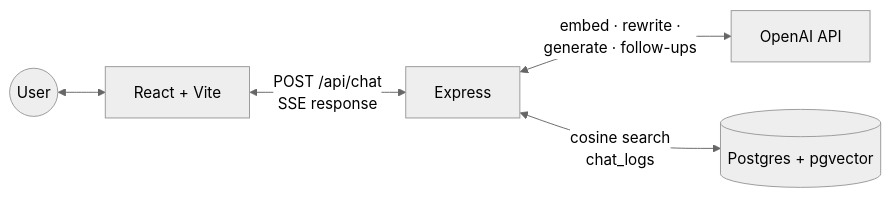
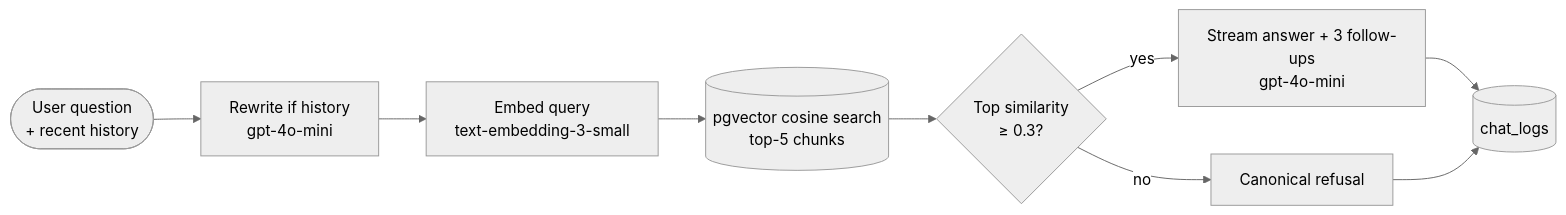
Before and after one commit to acingraham/marcy-lab-chatbot: the diagram in README.md, drawn with Mermaid (neutral theme). The commit also changed other lines of this file, not shown here.

First line of the commit message:
docs: architecture diagram now shows the RAG pipeline, not just components

````diff
--- a/README.md
+++ b/README.md
@@ -52,7 +56,11 @@
 ```mermaid
 flowchart LR
-  User((User)) <--> Client[React + Vite]
-  Client <-->|POST /api/chat<br/>SSE response| Server[Express]
-  Server <-->|embed · rewrite ·<br/>generate · follow-ups| OpenAI[OpenAI API]
-  Server <-->|cosine search<br/>chat_logs| DB[(Postgres + pgvector)]
+  Q([User question<br/>+ recent history]) --> R[Rewrite if history<br/>gpt-4o-mini]
+  R --> E[Embed query<br/>text-embedding-3-small]
+  E --> S[(pgvector cosine search<br/>top-5 chunks)]
+  S --> G{Top similarity<br/>≥ 0.3?}
+  G -->|no| X[Canonical refusal]
+  G -->|yes| A[Stream answer + 3 follow-ups<br/>gpt-4o-mini]
+  A --> L[(chat_logs)]
+  X --> L
 ```
````
